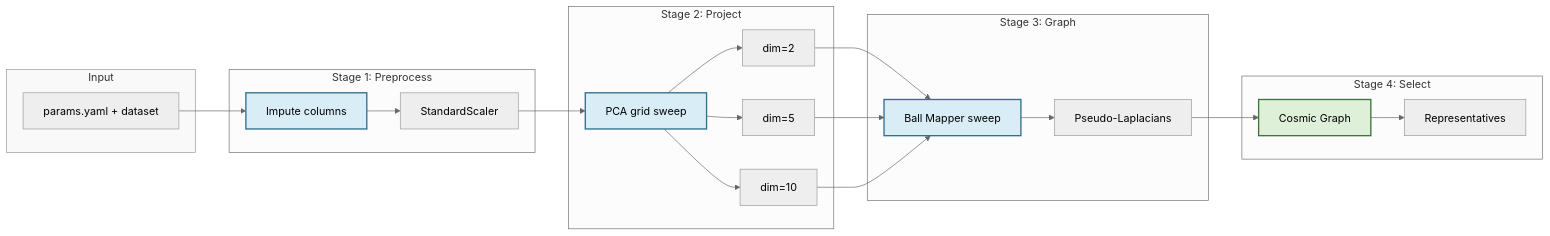
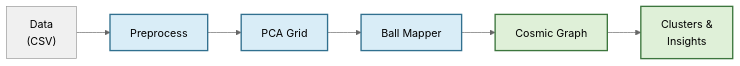
Before and after one commit to Krv-Labs/pulsar: the diagram in docs/source/index.rst, drawn with Mermaid (neutral theme). The commit also changed other lines of this file and 6 other files, not shown here.

```diff
--- a/docs/source/index.rst
+++ b/docs/source/index.rst
@@ -57,47 +71,15 @@
 .. mermaid::
 
    graph LR
-      subgraph Input
-         A[params.yaml + dataset]
-      end
+      A["Data<br/>(CSV)"] --> B["Preprocess"]
+      B --> C["PCA Grid"]
+      C --> D["Ball Mapper"]
+      D --> E["Cosmic Graph"]
+      E --> F["Clusters &<br/>Insights"]
 
-      subgraph "Stage 1: Preprocess"
-         B["Impute columns"]
-         C["StandardScaler"]
-      end
-
-      subgraph "Stage 2: Project"
-         D["PCA grid sweep"]
-         E1["dim=2"]
-         E2["dim=5"]
-         E3["dim=10"]
-      end
-
-      subgraph "Stage 3: Graph"
-         F["Ball Mapper sweep"]
-         G["Pseudo-Laplacians"]
-      end
-
-      subgraph "Stage 4: Select"
-         H["Cosmic Graph"]
-         I["Representatives"]
-      end
-
-      A --> B
-      B --> C
-      C --> D
-      D --> E1
-      D --> E2
-      D --> E3
-      E1 --> F
-      E2 --> F
-      E3 --> F
-      F --> G
-      G --> H
-      H --> I
-
-      style Input fill:#f9f9f9,stroke:#999
+      style A fill:#f0f0f0,stroke:#999
       style B fill:#D9EDF7,stroke:#31708F,stroke-width:2px
+      style C fill:#D9EDF7,stroke:#31708F,stroke-width:2px
       style D fill:#D9EDF7,stroke:#31708F,stroke-width:2px
-      style F fill:#D9EDF7,stroke:#31708F,stroke-width:2px
-      style H fill:#DFF0D8,stroke:#3C763D,stroke-width:2px
+      style E fill:#DFF0D8,stroke:#3C763D,stroke-width:2px
+      style F fill:#DFF0D8,stroke:#3C763D,stroke-width:2px
```
